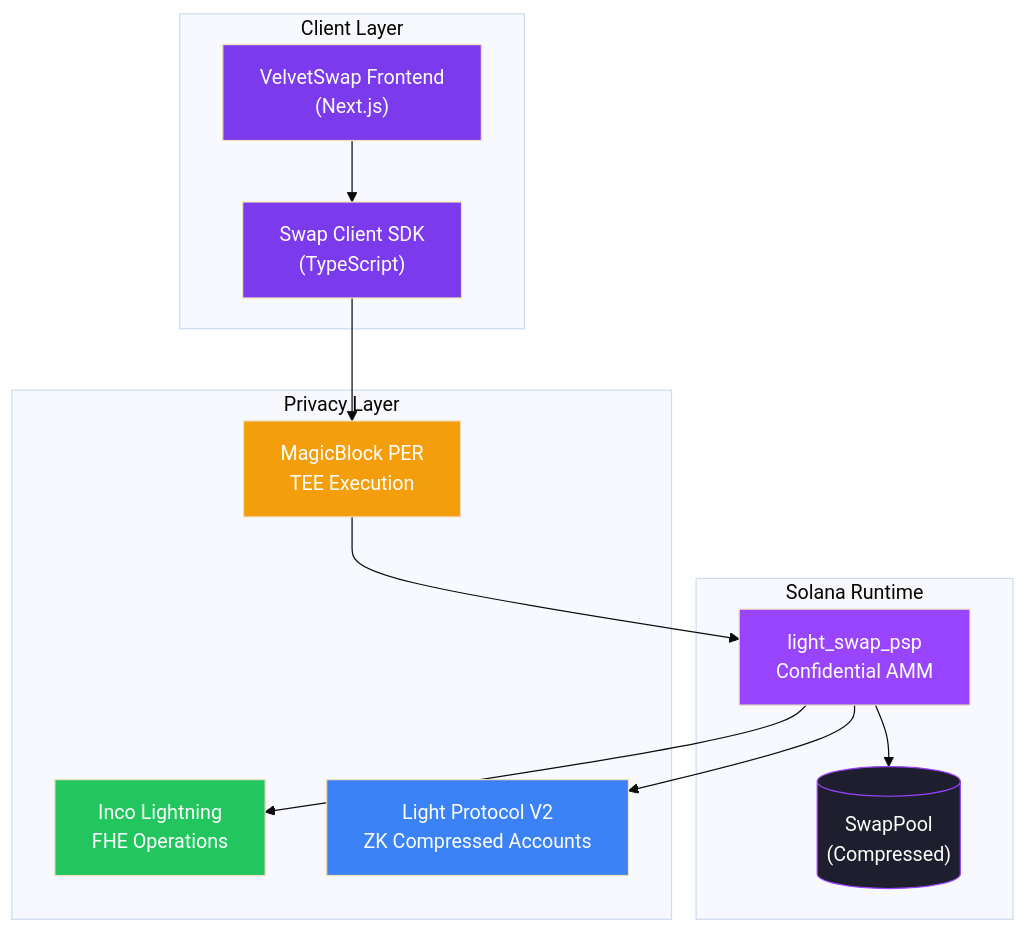
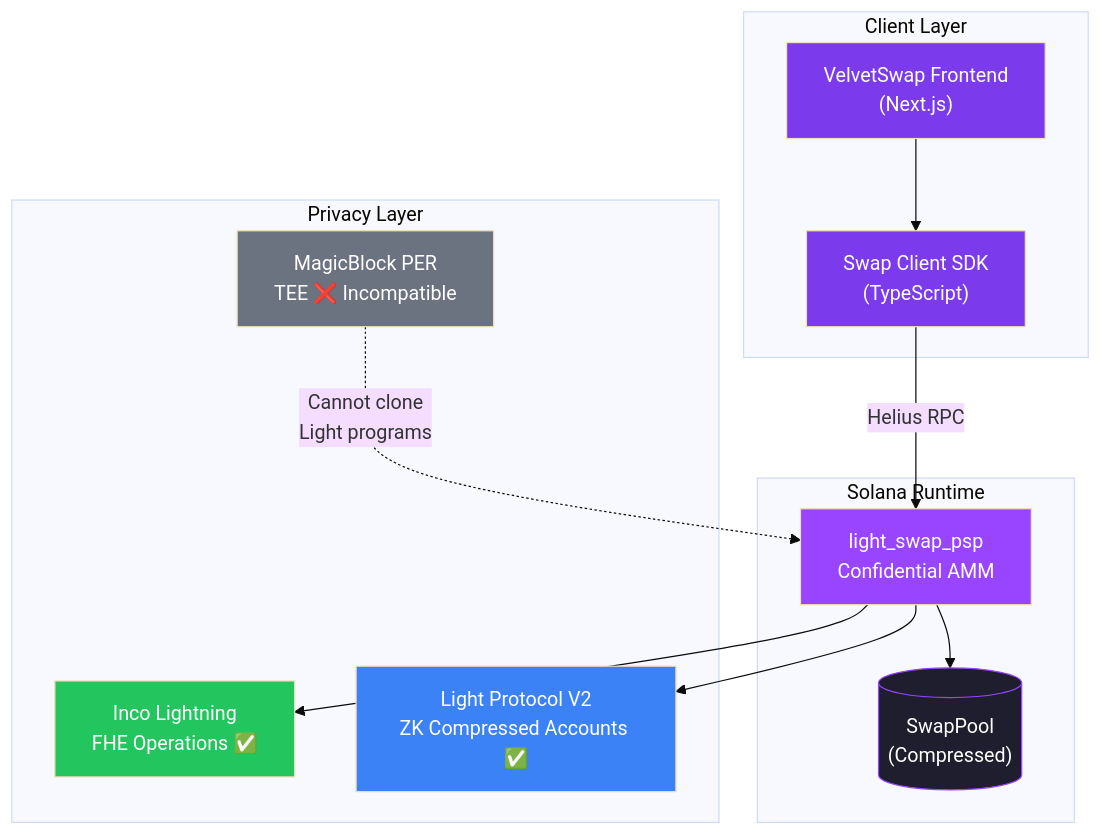
The first of 9 diagrams in ARCHITECTURE.md (N-45div/Velvet_swap_program), drawn with Mermaid (base theme) before and after one commit. The commit also changed other lines of this file and 2 other files, not shown here.

````diff
--- a/ARCHITECTURE.md
+++ b/ARCHITECTURE.md
@@ -9,33 +23,33 @@
 ```mermaid
 graph TB
     subgraph "Client Layer"
         UI["VelvetSwap Frontend<br/>(Next.js)"]
         SDK["Swap Client SDK<br/>(TypeScript)"]
     end
 
     subgraph "Privacy Layer"
-        INCO["Inco Lightning<br/>FHE Operations"]
-        LIGHT["Light Protocol V2<br/>ZK Compressed Accounts"]
-        PER["MagicBlock PER<br/>TEE Execution"]
+        INCO["Inco Lightning<br/>FHE Operations ✅"]
+        LIGHT["Light Protocol V2<br/>ZK Compressed Accounts ✅"]
+        PER["MagicBlock PER<br/>TEE ❌ Incompatible"]
     end
 
     subgraph "Solana Runtime"
         PROGRAM["light_swap_psp<br/>Confidential AMM"]
         POOL[("SwapPool<br/>(Compressed)")]
     end
 
     UI --> SDK
-    SDK --> PER
-    PER --> PROGRAM
+    SDK --> |"Helius RPC"| PROGRAM
     PROGRAM --> INCO
     PROGRAM --> LIGHT
     PROGRAM --> POOL
+    PER -.-> |"Cannot clone<br/>Light programs"| PROGRAM
 
     style UI fill:#7C3AED,color:#fff
     style SDK fill:#7C3AED,color:#fff
     style INCO fill:#22C55E,color:#fff
     style LIGHT fill:#3B82F6,color:#fff
-    style PER fill:#F59E0B,color:#fff
+    style PER fill:#6B7280,color:#fff
     style PROGRAM fill:#9945FF,color:#fff
     style POOL fill:#1e1e2e,color:#fff,stroke:#9945FF
 ```
````
